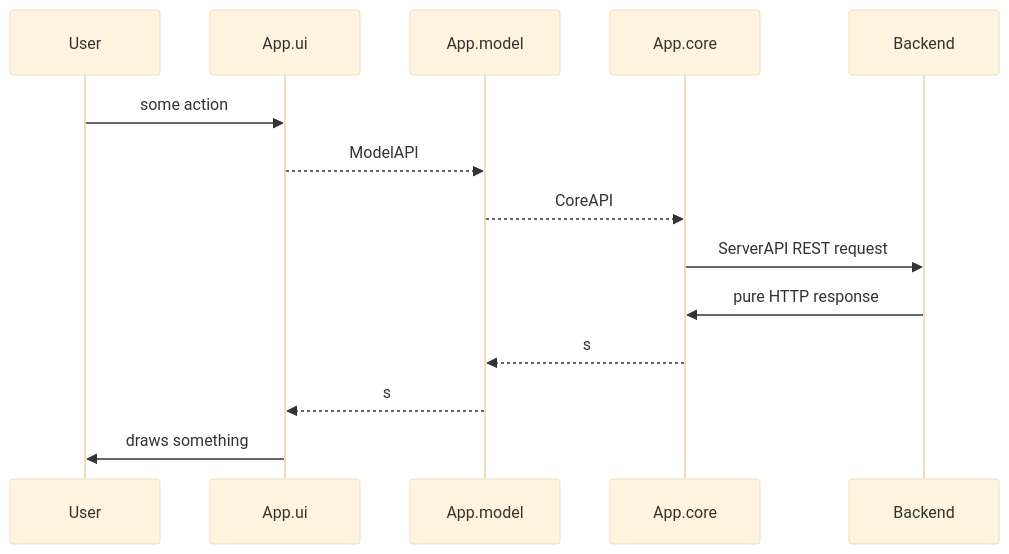
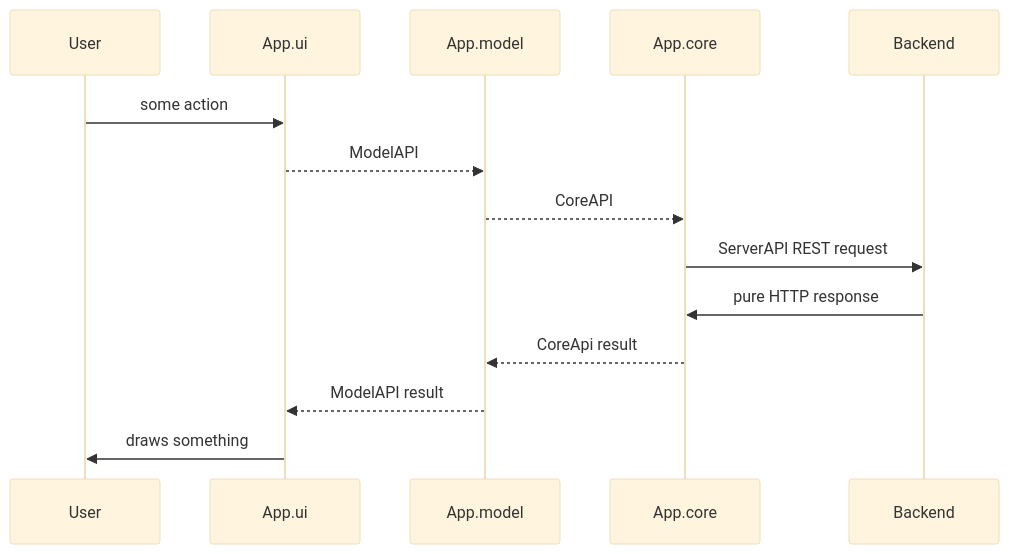
Before and after one commit to funduck/modular-notes: the second of 7 diagrams in README.md, drawn with Mermaid (base theme). The commit also changed other lines of this file and 2 other files, not shown here.

````diff
--- a/README.md
+++ b/README.md
@@ -34,11 +35,11 @@
 ```mermaid
 sequenceDiagram
-    User->>App.ui: some action
-    App.ui-->>App.model: ModelAPI
-    App.model-->>App.core: CoreAPI
-    App.core->>Backend: ServerAPI REST request
-    Backend->>App.core: pure HTTP response
-    App.core-->>App.model: s
-    App.model-->>App.ui: s
-    App.ui->>User: draws something
+    User        ->>     App.ui:     some action
+    App.ui     -->>     App.model:  ModelAPI
+    App.model  -->>     App.core:   CoreAPI
+    App.core    ->>     Backend:    ServerAPI REST request
+    Backend     ->>     App.core:   pure HTTP response
+    App.core   -->>     App.model:  CoreApi result
+    App.model  -->>     App.ui:     ModelAPI result
+    App.ui      ->>     User:       draws something
 ```
````
